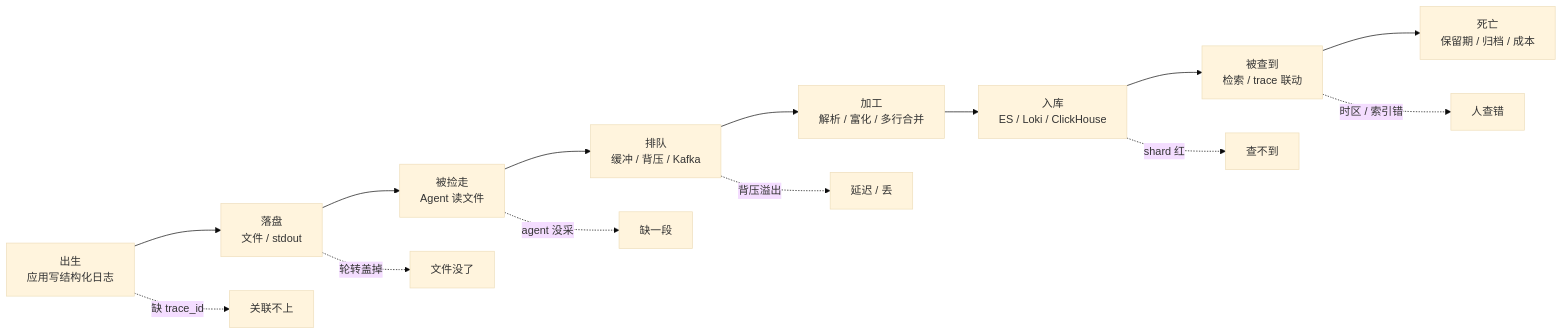
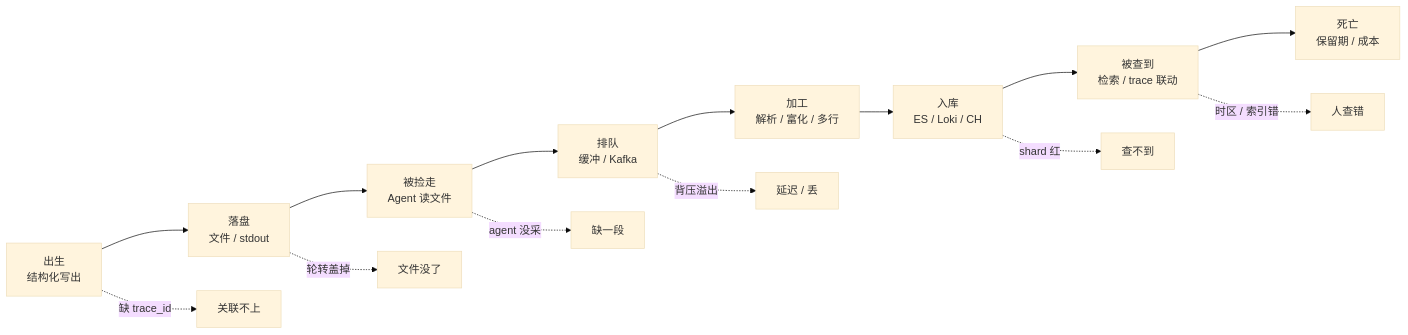
The first of 3 diagrams in 09-可观测性与SRE方法论/04-日志链路与采集/知识点.md (ml-cuizijun/LearnToLilith), drawn with Mermaid (base theme) before and after one commit. The commit also changed other lines of this file and 178 other files, not shown here.

````diff
--- a/09-可观测性与SRE方法论/04-日志链路与采集/知识点.md
+++ b/09-可观测性与SRE方法论/04-日志链路与采集/知识点.md
@@ -21,17 +14,16 @@
 ```mermaid
 flowchart LR
-    BORN["出生<br/>应用写结构化日志"] --> DISK["落盘<br/>文件 / stdout"]
+    BORN["出生<br/>结构化写出"] --> DISK["落盘<br/>文件 / stdout"]
     DISK --> PICK["被捡走<br/>Agent 读文件"]
-    PICK --> QUEUE["排队<br/>缓冲 / 背压 / Kafka"]
-    QUEUE --> PROC["加工<br/>解析 / 富化 / 多行合并"]
-    PROC --> STORE["入库<br/>ES / Loki / ClickHouse"]
+    PICK --> QUEUE["排队<br/>缓冲 / Kafka"]
+    QUEUE --> PROC["加工<br/>解析 / 富化 / 多行"]
+    PROC --> STORE["入库<br/>ES / Loki / CH"]
     STORE --> FIND["被查到<br/>检索 / trace 联动"]
-    FIND --> DIE["死亡<br/>保留期 / 归档 / 成本"]
-
+    FIND --> DIE["死亡<br/>保留期 / 成本"]
     BORN -.->|缺 trace_id| BAD1["关联不上"]
     DISK -.->|轮转盖掉| BAD2["文件没了"]
     PICK -.->|agent 没采| BAD3["缺一段"]
     QUEUE -.->|背压溢出| BAD4["延迟 / 丢"]
     STORE -.->|shard 红| BAD5["查不到"]
     FIND -.->|时区 / 索引错| BAD6["人查错"]
 ```
````
